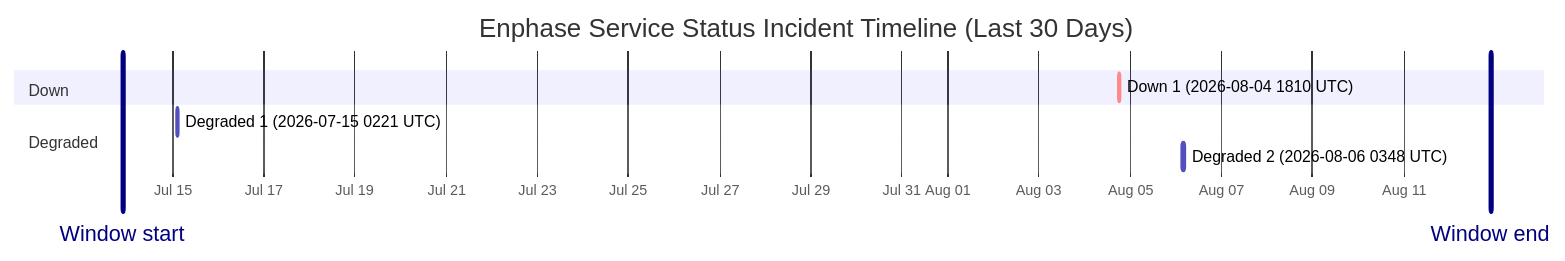
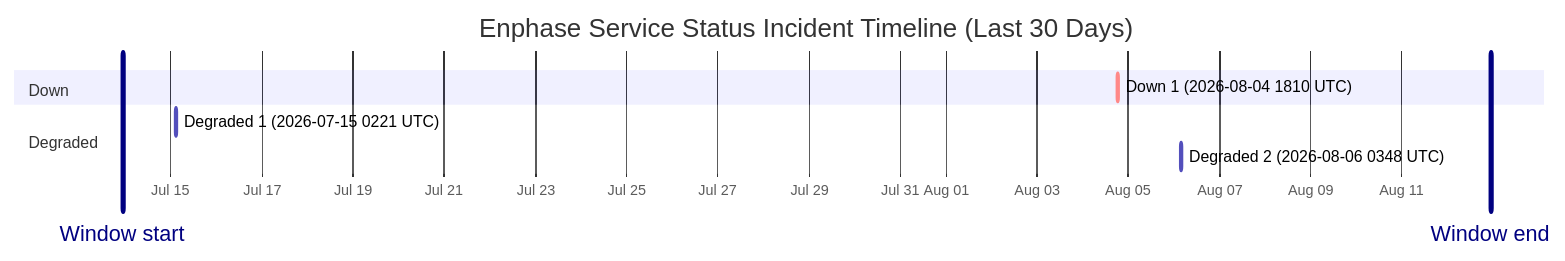
One commit to barneyonline/ha-enphase-energy changed the diagram in wiki/Service-Status-History.md. Above: the diagram before and after it, drawn with Mermaid. The commit also changed other lines of this file and 3 other files, not shown here.

````diff
--- a/wiki/Service-Status-History.md
+++ b/wiki/Service-Status-History.md
@@ -14,13 +14,13 @@
 ```mermaid
 gantt
     title Enphase Service Status Incident Timeline (Last 30 Days)
     dateFormat  YYYY-MM-DDTHH:mm:ss
     axisFormat  %b %d
-    Window start :vert, window-start, 2026-07-13T21:42:14, 0ms
-    Window end :vert, window-end, 2026-08-12T21:42:14, 0ms
+    Window start :vert, window-start, 2026-07-13T22:37:50, 0ms
+    Window end :vert, window-end, 2026-08-12T22:37:50, 0ms
     section Down
     Down 1 (2026-08-04 1810 UTC) :crit, down-1, 2026-08-04T18:10:46, 60m
     section Degraded
     Degraded 1 (2026-07-15 0221 UTC) :active, degraded-1, 2026-07-15T02:21:35, 60m
     Degraded 2 (2026-08-06 0348 UTC) :active, degraded-2, 2026-08-06T03:48:14, 60m
 ```
````
